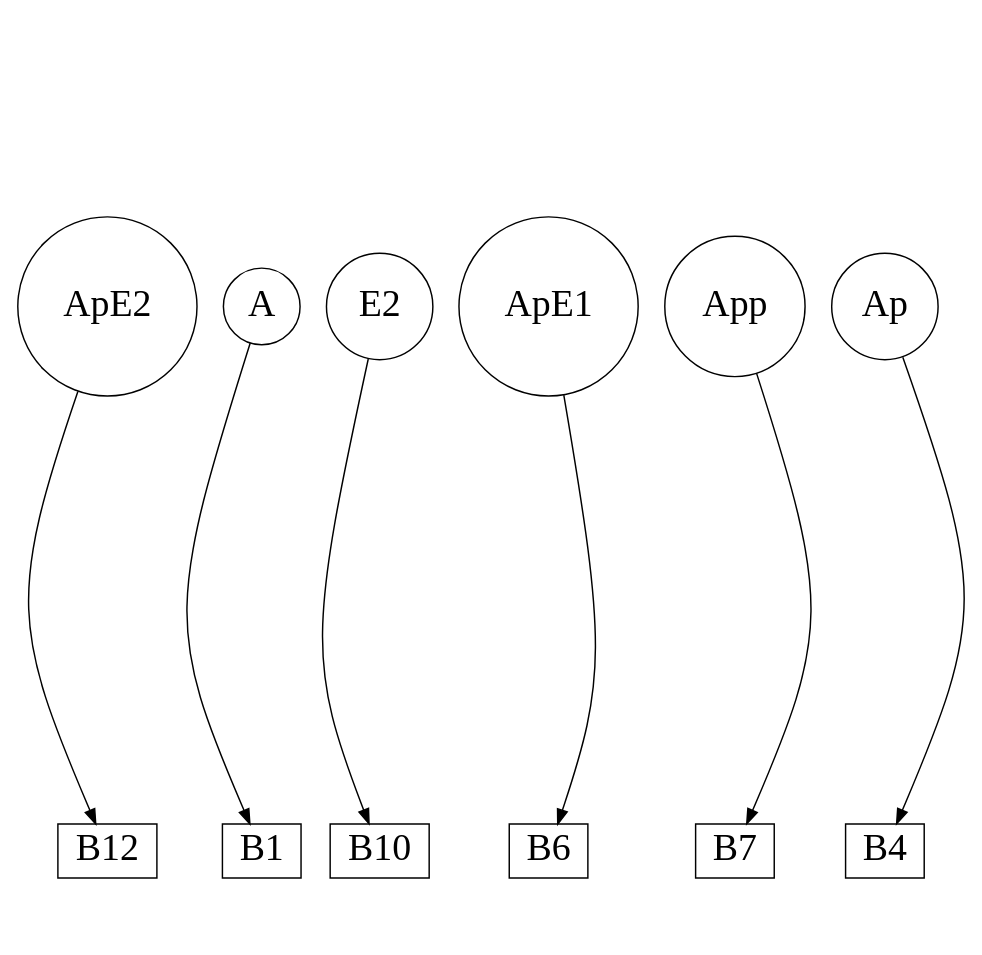
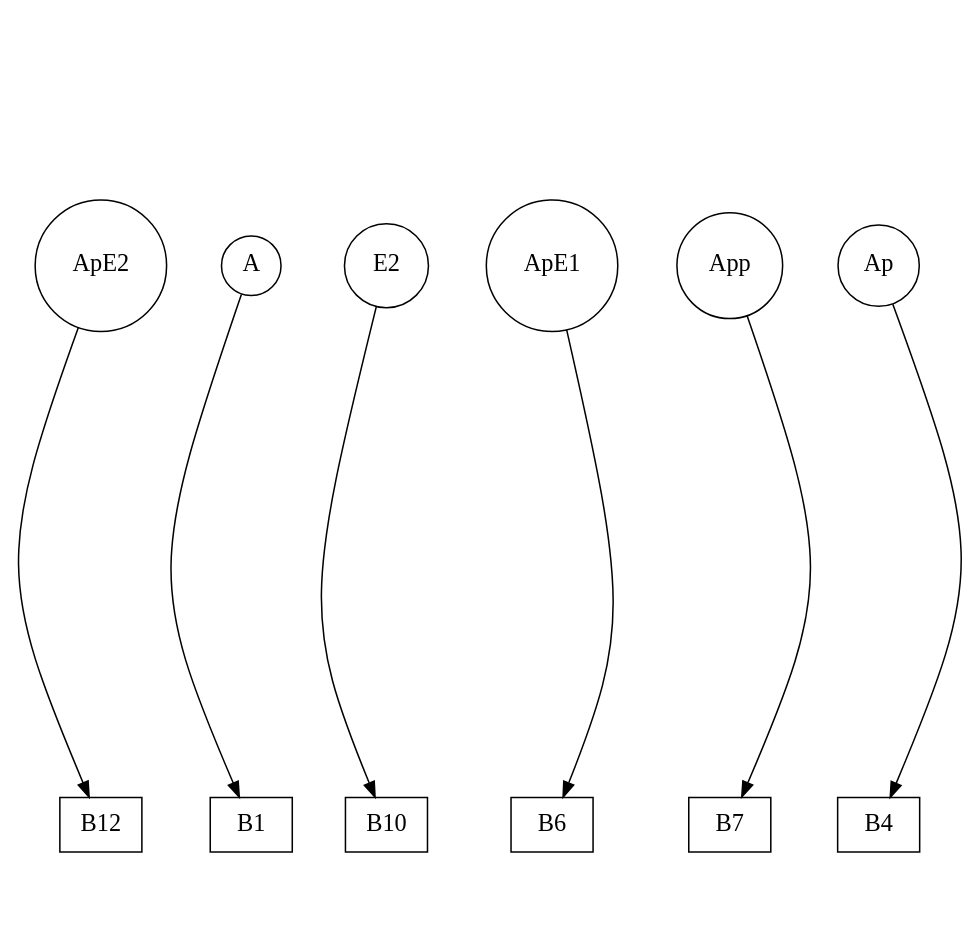
The diagram in single_layer_mapk_system/order_6/single_layer_mapk_mechanism_order_6_frag_5_sg_0.dot (gratelpy/gratelpy-supplementary-information), drawn with Graphviz before and after one commit. The commit also changed 77 other files, not shown here.

```diff
--- a/single_layer_mapk_system/order_6/single_layer_mapk_mechanism_order_6_frag_5_sg_0.dot
+++ b/single_layer_mapk_system/order_6/single_layer_mapk_mechanism_order_6_frag_5_sg_0.dot
@@ -1,25 +1,25 @@
 strict digraph G {
 remincross="true";
 ratio="fill";
 splines="curved";
 overlap="true";
 size="8.3,8.3";
-ApE2 [shape="circle", fontsize=26, pos="50.0,80.0!"];
-A [shape="circle", fontsize=26, pos="0.0,120.0!"];
-E2 [shape="circle", fontsize=26, pos="140.0,40.0!"];
-B12 [shape="box", fontsize=26, pos="0.0,60.0!"];
-ApE1 [shape="circle", fontsize=26, pos="260.0,128.0!"];
-B10 [shape="box", fontsize=26, pos="110.0,90.0!"];
-B7 [shape="box", fontsize=26, pos="300.0,90.0!"];
-B6 [shape="box", fontsize=26, pos="320.0,160.0!"];
-B4 [shape="box", fontsize=26, pos="220.0,170.0!"];
-B1 [shape="box", fontsize=26, pos="0.0,200.0!"];
-App [shape="circle", fontsize=26, pos="320.0,120.0!"];
-Ap [shape="circle", fontsize=26, pos="160.0,160.0!"];
+ApE2 [shape="circle", fontsize=16, pos="50.0,80.0!"];
+A [shape="circle", fontsize=16, pos="0.0,120.0!"];
+E2 [shape="circle", fontsize=16, pos="140.0,40.0!"];
+B12 [shape="box", fontsize=16, pos="0.0,60.0!"];
+ApE1 [shape="circle", fontsize=16, pos="260.0,128.0!"];
+B10 [shape="box", fontsize=16, pos="110.0,90.0!"];
+B7 [shape="box", fontsize=16, pos="300.0,90.0!"];
+B6 [shape="box", fontsize=16, pos="320.0,160.0!"];
+B4 [shape="box", fontsize=16, pos="220.0,170.0!"];
+B1 [shape="box", fontsize=16, pos="0.0,200.0!"];
+App [shape="circle", fontsize=16, pos="320.0,120.0!"];
+Ap [shape="circle", fontsize=16, pos="160.0,160.0!"];
 ApE1 -> B6;
 E2 -> B10;
 App -> B7;
 ApE2 -> B12;
 Ap -> B4;
 A -> B1;
 }
```
